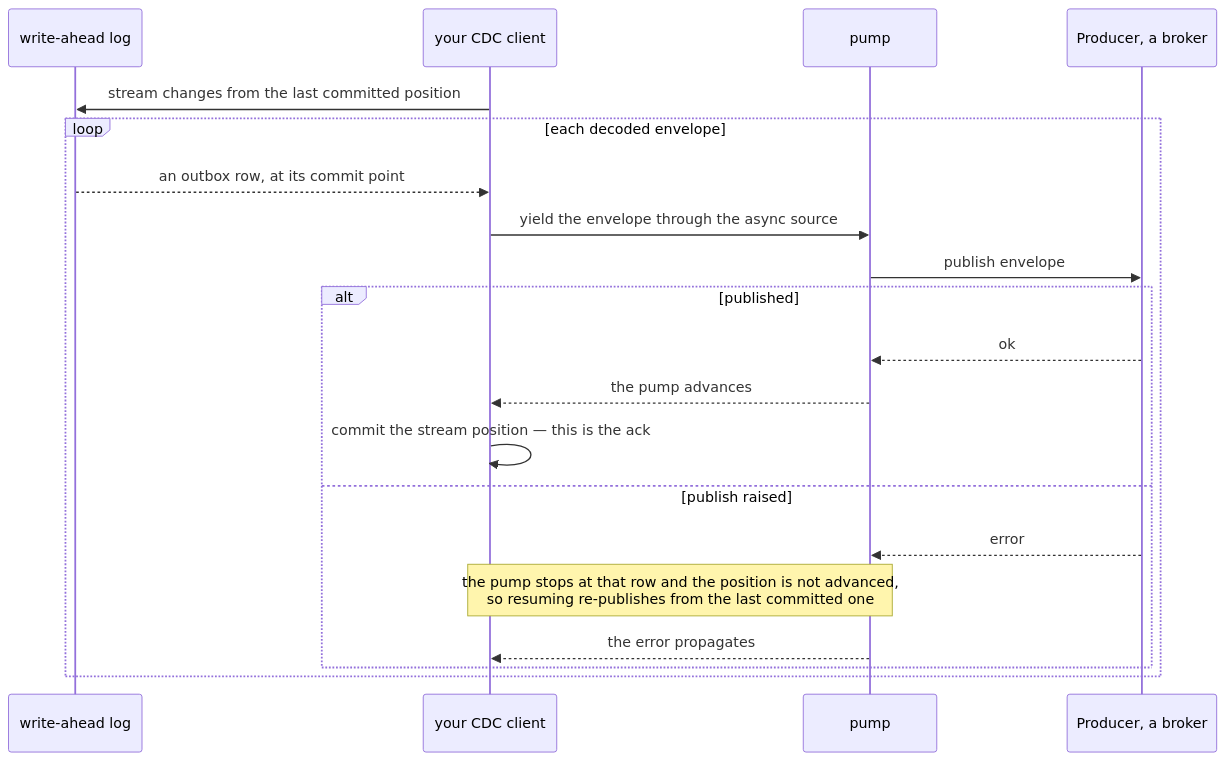
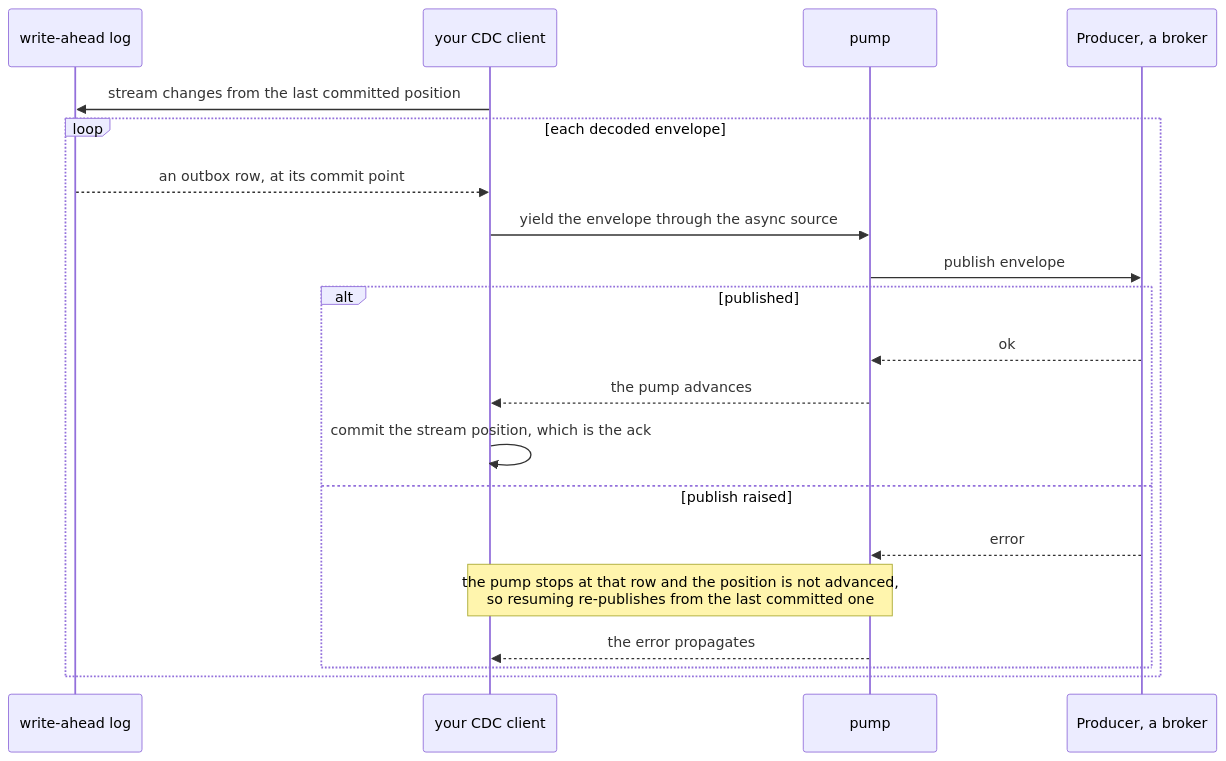
Before and after one commit to haskian/edax: the fifth of 5 diagrams in docs/sdk/outbox.md, drawn with Mermaid. The commit also changed other lines of this file and 117 other files, not shown here.

````diff
--- a/docs/sdk/outbox.md
+++ b/docs/sdk/outbox.md
@@ -266,23 +260,23 @@
 ```mermaid
 sequenceDiagram
     participant W as write-ahead log
     participant C as your CDC client
     participant PU as pump
     participant P as Producer, a broker
 
     C->>W: stream changes from the last committed position
     loop each decoded envelope
         W-->>C: an outbox row, at its commit point
         C->>PU: yield the envelope through the async source
         PU->>P: publish envelope
         alt published
             P-->>PU: ok
             PU-->>C: the pump advances
-            C->>C: commit the stream position — this is the ack
+            C->>C: commit the stream position, which is the ack
         else publish raised
             P-->>PU: error
             Note over PU,C: the pump stops at that row and the position is not advanced,<br/>so resuming re-publishes from the last committed one
             PU-->>C: the error propagates
         end
     end
 ```
````
